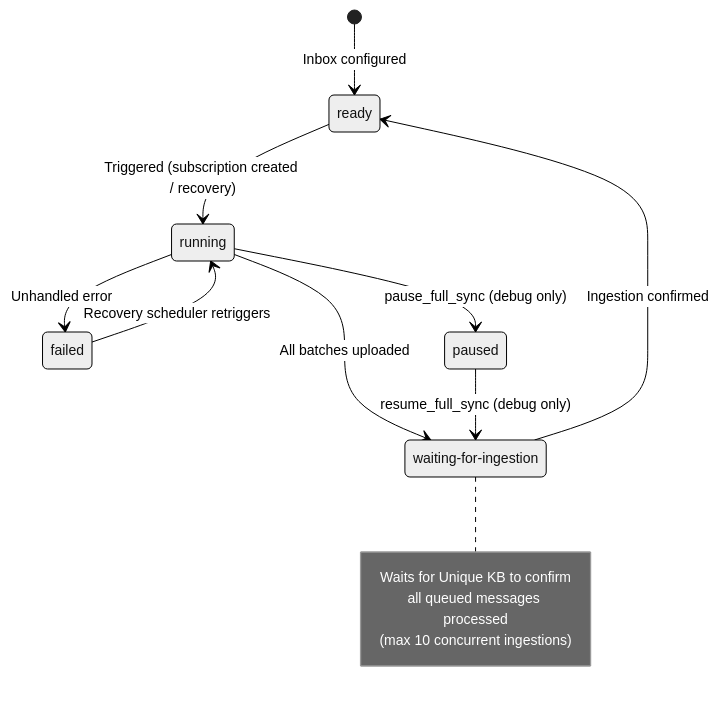
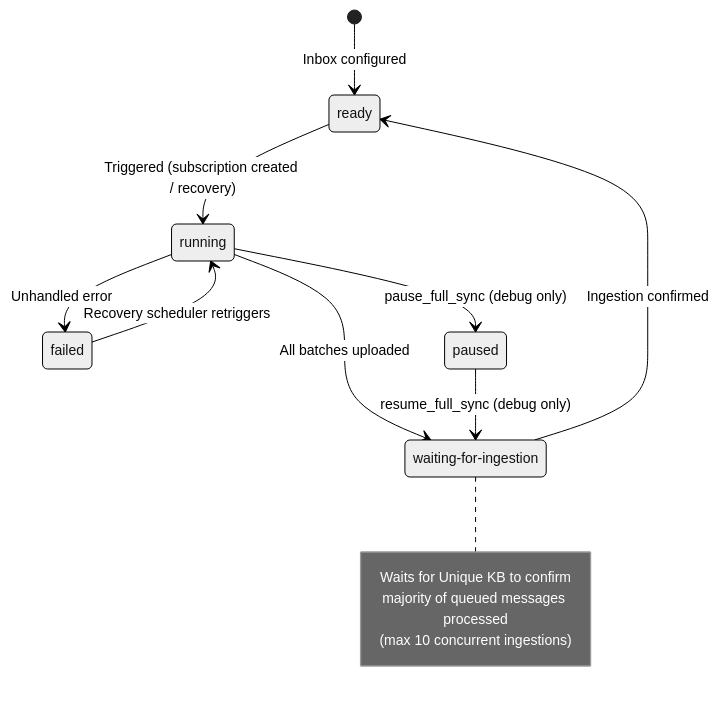
The first of 2 diagrams in services/outlook-semantic-mcp/docs/technical/full-sync.md (Unique-AG/connectors), drawn with Mermaid before and after one commit. The commit also changed other lines of this file and 14 other files, not shown here.

````diff
--- a/services/outlook-semantic-mcp/docs/technical/full-sync.md
+++ b/services/outlook-semantic-mcp/docs/technical/full-sync.md
@@ -30,21 +30,21 @@
 ```mermaid
 %%{init: {'theme': 'neutral', 'themeVariables': { 'fontSize': '14px' }}}%%
 stateDiagram-v2
     [*] --> ready: Inbox configured
 
     state "waiting-for-ingestion" as wfi
 
     ready --> running: Triggered (subscription created / recovery)
     running --> wfi: All batches uploaded
     wfi --> ready: Ingestion confirmed
     running --> failed: Unhandled error
     running --> paused: pause_full_sync (debug only)
     paused --> wfi: resume_full_sync (debug only)
     failed --> running: Recovery scheduler retriggers
 
     note right of wfi
         Waits for Unique KB to confirm
-        all queued messages processed
+        majority of queued messages processed
         (max 10 concurrent ingestions)
     end note
 ```
````
